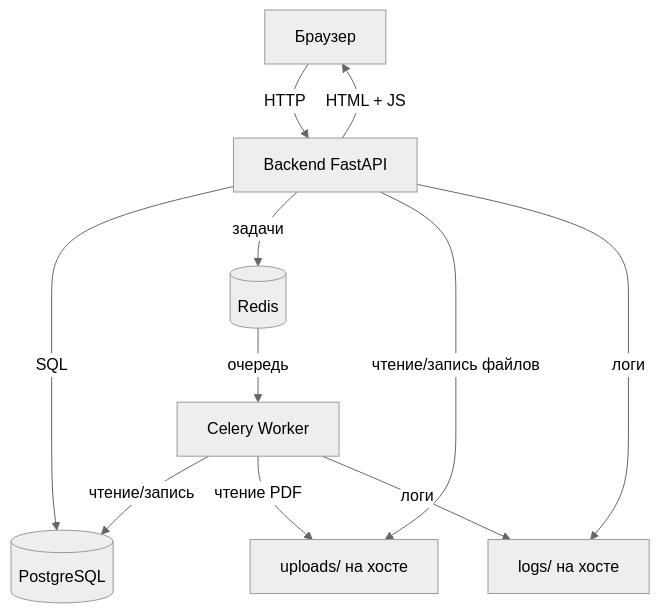
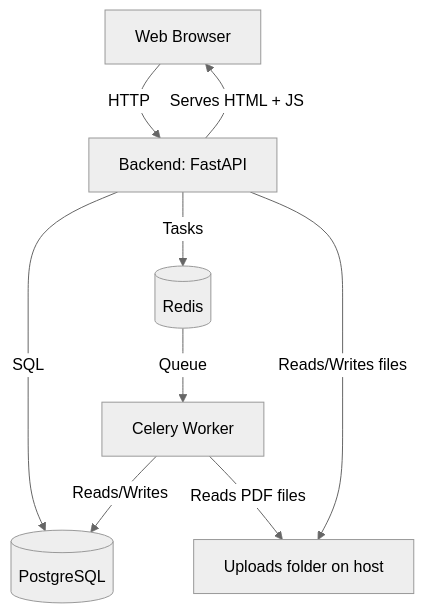
Before and after one commit to TheFata777/PDF: the diagram in decisions.md, drawn with Mermaid (neutral theme).

````diff
--- a/decisions.md
+++ b/decisions.md
@@ -36,13 +36,11 @@
 ```mermaid
 graph TD
-    Client[Браузер] -->|HTTP| Backend[Backend FastAPI]
-    Backend -->|HTML + JS| Client
+    Browser[Web Browser] -->|HTTP| Backend[Backend: FastAPI]
+    Backend -->|Serves HTML + JS| Browser
     Backend -->|SQL| PostgreSQL[(PostgreSQL)]
-    Backend -->|задачи| Redis[(Redis)]
-    Redis -->|очередь| Worker[Celery Worker]
-    Worker -->|чтение/запись| PostgreSQL
-    Worker -->|чтение PDF| Uploads[uploads/ на хосте]
-    Backend -->|чтение/запись файлов| Uploads
-    Backend -->|логи| Logs[logs/ на хосте]
-    Worker -->|логи| Logs
+    Backend -->|Tasks| Redis[(Redis)]
+    Redis -->|Queue| Worker[Celery Worker]
+    Worker -->|Reads/Writes| PostgreSQL
+    Worker -->|Reads PDF files| Uploads[Uploads folder on host]
+    Backend -->|Reads/Writes files| Uploads
 ```
````
